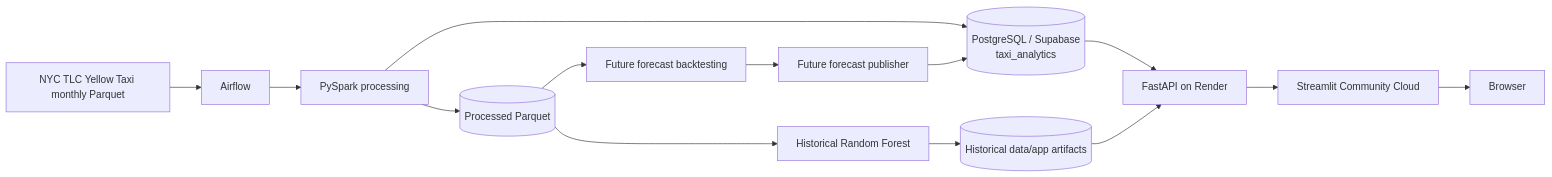
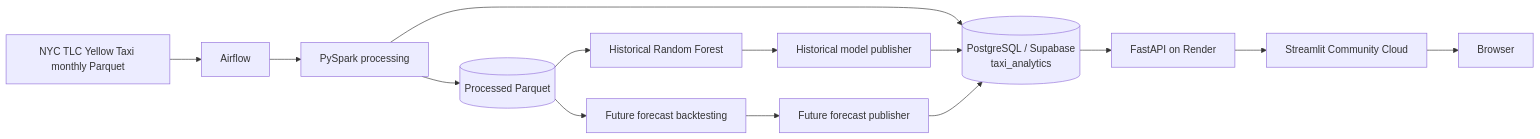
The first of 2 diagrams in docs/architecture.md (georgeballa7/NycTaxiDemandForecasting), drawn with Mermaid before and after one commit. The commit also changed other lines of this file, not shown here.

Commit message:
Update architecture for database-backed model serving

````diff
--- a/docs/architecture.md
+++ b/docs/architecture.md
@@ -20,16 +20,16 @@
 ```mermaid
 flowchart LR
     TLC[NYC TLC Yellow Taxi monthly Parquet] --> AF[Airflow]
     AF --> SP[PySpark processing]
     SP --> PP[(Processed Parquet)]
     SP --> DB[(PostgreSQL / Supabase\ntaxi_analytics)]
     PP --> HML[Historical Random Forest]
     PP --> FML[Future forecast backtesting]
-    HML --> APP[(Historical data/app artifacts)]
-    FML --> PUB[Future forecast publisher]
-    PUB --> DB
+    HML --> HP[Historical model publisher]
+    FML --> FP[Future forecast publisher]
+    HP --> DB
+    FP --> DB
     DB --> API[FastAPI on Render]
-    APP --> API
     API --> ST[Streamlit Community Cloud]
     ST --> USER[Browser]
 ```
````
